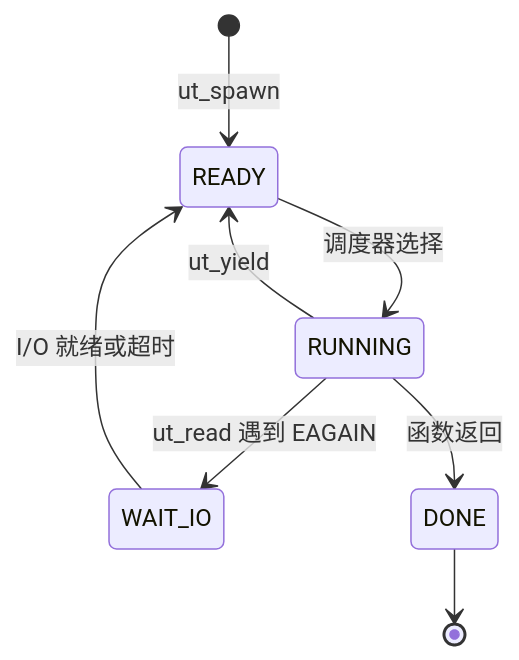
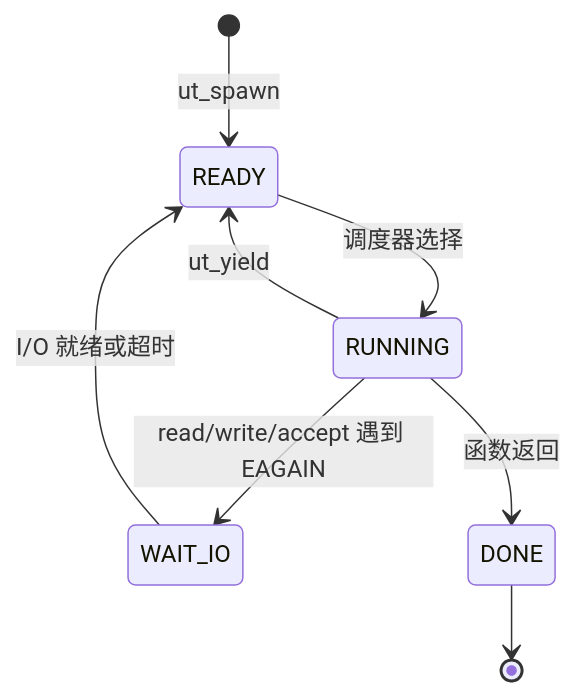
The diagram in README.md (codingsjx/openeuler-uthread-lab), drawn with Mermaid before and after one commit. The commit also changed other lines of this file and 1 other file, not shown here.

````diff
--- a/README.md
+++ b/README.md
@@ -155,10 +155,10 @@
 ```mermaid
 stateDiagram-v2
     [*] --> READY: ut_spawn
     READY --> RUNNING: 调度器选择
     RUNNING --> READY: ut_yield
-    RUNNING --> WAIT_IO: ut_read 遇到 EAGAIN
+    RUNNING --> WAIT_IO: read/write/accept 遇到 EAGAIN
     WAIT_IO --> READY: I/O 就绪或超时
     RUNNING --> DONE: 函数返回
     DONE --> [*]
 ```
````
